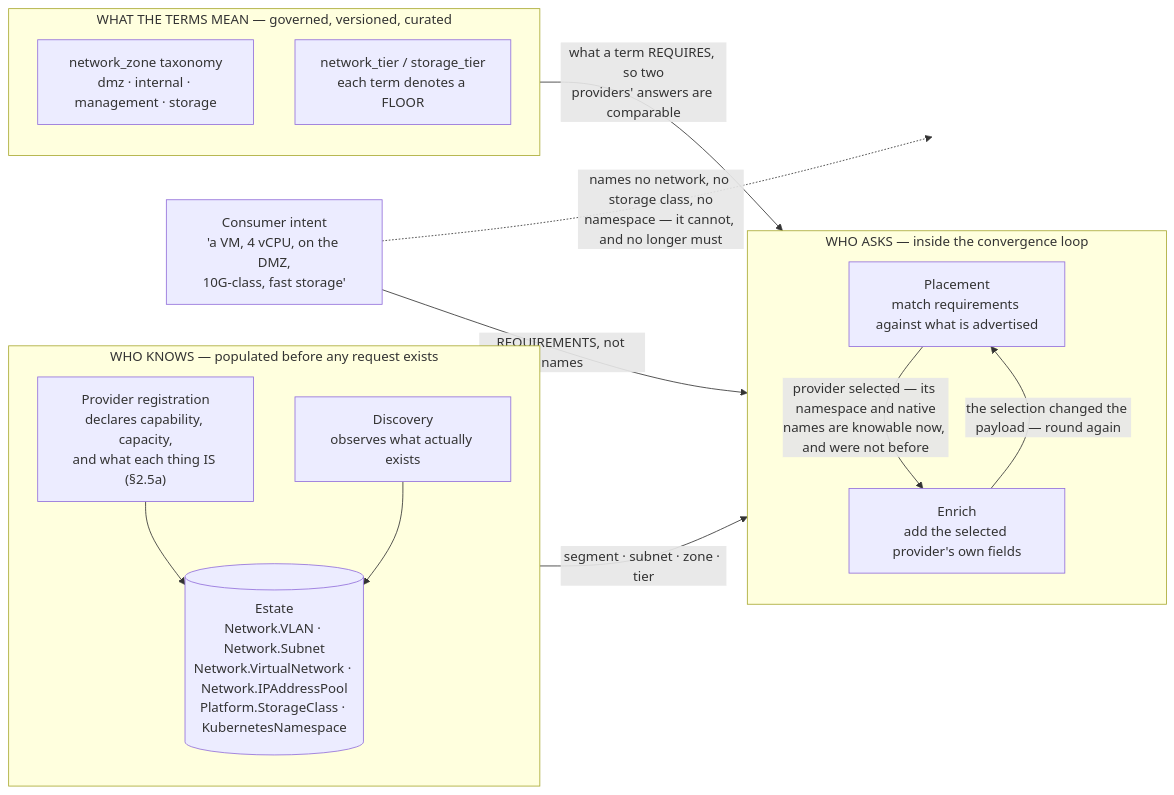
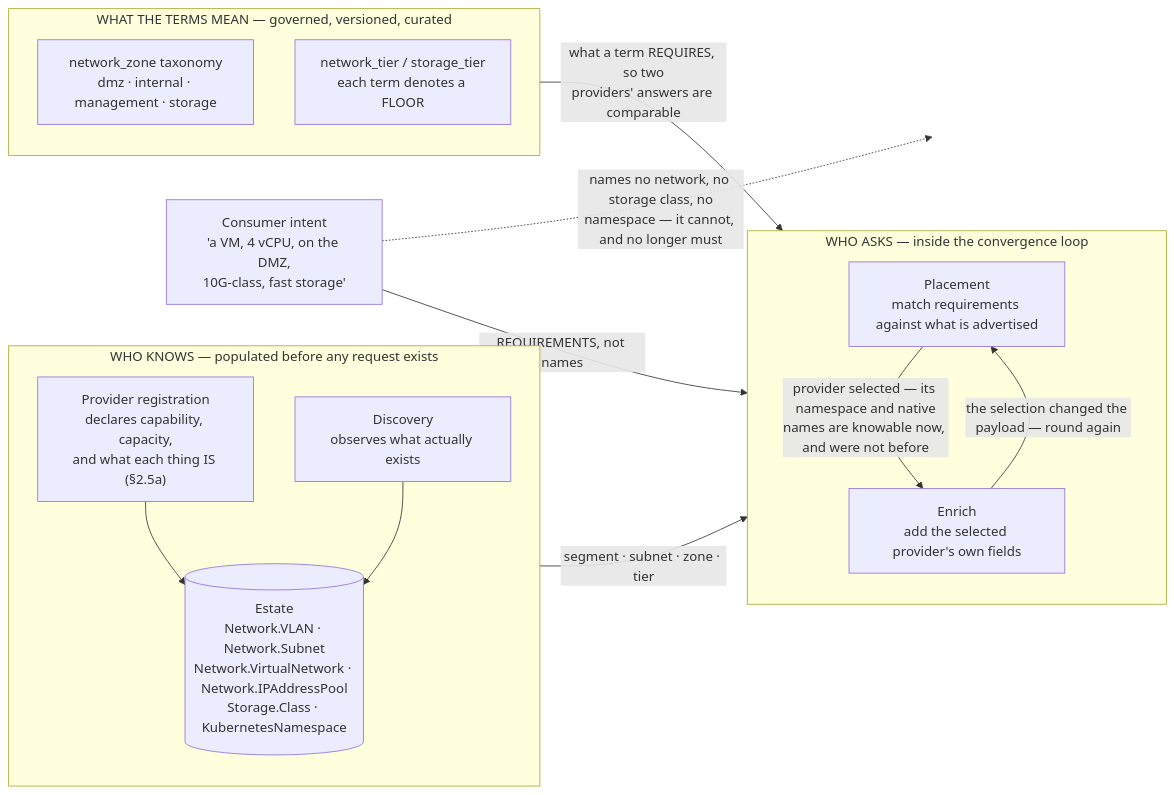
The second of 2 diagrams in docs/flows/uc-04-vm-intent-osac-placement.md (croadfeldt/udlm), drawn with Mermaid before and after one commit. The commit also changed 40 other files, not shown here.

````diff
--- a/docs/flows/uc-04-vm-intent-osac-placement.md
+++ b/docs/flows/uc-04-vm-intent-osac-placement.md
@@ -95,31 +95,31 @@
 ```mermaid
 flowchart LR
   subgraph SRC["WHO KNOWS — populated before any request exists"]
     direction TB
     PROV["Provider registration<br/>declares capability, capacity,<br/>and what each thing IS (§2.5a)"]
     DISC["Discovery<br/>observes what actually exists"]
-    PROV --> EST[("Estate<br/>Network.VLAN · Network.Subnet<br/>Network.VirtualNetwork · Network.IPAddressPool<br/>Platform.StorageClass · KubernetesNamespace")]
+    PROV --> EST[("Estate<br/>Network.VLAN · Network.Subnet<br/>Network.VirtualNetwork · Network.IPAddressPool<br/>Storage.Class · KubernetesNamespace")]
     DISC --> EST
   end
 
   subgraph VOCAB["WHAT THE TERMS MEAN — governed, versioned, curated"]
     direction TB
     ZN["network_zone taxonomy<br/>dmz · internal · management · storage"]
     TR["network_tier / storage_tier<br/>each term denotes a FLOOR"]
   end
 
   subgraph REQ["WHO ASKS — inside the convergence loop"]
     direction TB
     PL2["Placement<br/>match requirements against what is advertised"]
     EN2["Enrich<br/>add the selected provider's own fields"]
   end
 
   EST -->|"segment · subnet · zone · tier"| PL2
   VOCAB -->|"what a term REQUIRES, so two<br/>providers' answers are comparable"| PL2
   PL2 -->|"provider selected — its namespace and native<br/>names are knowable now, and were not before"| EN2
   EN2 -->|"the selection changed the payload — round again"| PL2
 
   CONS["Consumer intent<br/>'a VM, 4 vCPU, on the DMZ,<br/>10G-class, fast storage'"] -->|"REQUIREMENTS, not names"| PL2
   CONS -.->|"names no network, no storage class, no<br/>namespace — it cannot, and no longer must"| X1[" "]
   style X1 fill:none,stroke:none
 ```
````
